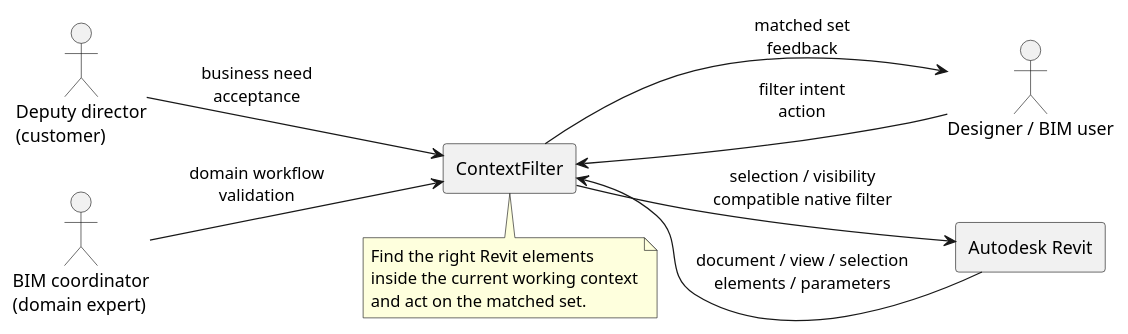
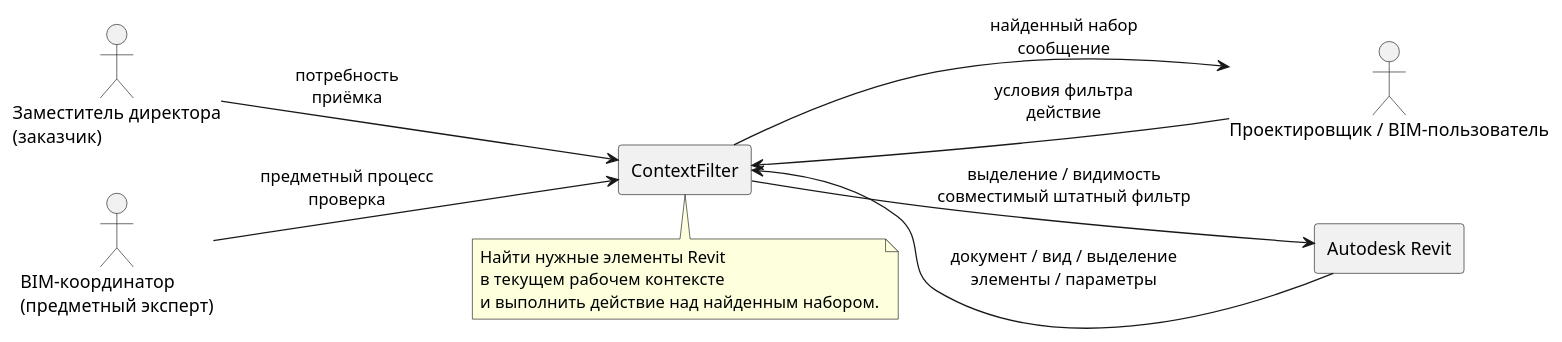
One commit to branch-danya-dev/revit-context-filter-analisys changed the diagram in business/diagrams/business-map.puml. Above: the diagram before and after it, drawn with PlantUML. The commit also changed 16 other files, not shown here.

```diff
--- a/business/diagrams/business-map.puml
+++ b/business/diagrams/business-map.puml
@@ -1,23 +1,23 @@
 @startuml
 left to right direction
 skinparam packageStyle rectangle
 
-actor "Designer / BIM user" as User
-actor "Deputy director\n(customer)" as Customer
-actor "BIM coordinator\n(domain expert)" as Expert
+actor "Проектировщик / BIM-пользователь" as User
+actor "Заместитель директора\n(заказчик)" as Customer
+actor "BIM-координатор\n(предметный эксперт)" as Expert
 rectangle "ContextFilter" as CF
 rectangle "Autodesk Revit" as Revit
 
-Customer --> CF : business need\nacceptance
-Expert --> CF : domain workflow\nvalidation
-User --> CF : filter intent\naction
-CF --> User : matched set\nfeedback
-CF --> Revit : selection / visibility\ncompatible native filter
-Revit --> CF : document / view / selection\nelements / parameters
+Customer --> CF : потребность\nприёмка
+Expert --> CF : предметный процесс\nпроверка
+User --> CF : условия фильтра\nдействие
+CF --> User : найденный набор\nсообщение
+CF --> Revit : выделение / видимость\nсовместимый штатный фильтр
+Revit --> CF : документ / вид / выделение\nэлементы / параметры
 
 note bottom of CF
-Find the right Revit elements
-inside the current working context
-and act on the matched set.
+Найти нужные элементы Revit
+в текущем рабочем контексте
+и выполнить действие над найденным набором.
 end note
 @enduml
```
